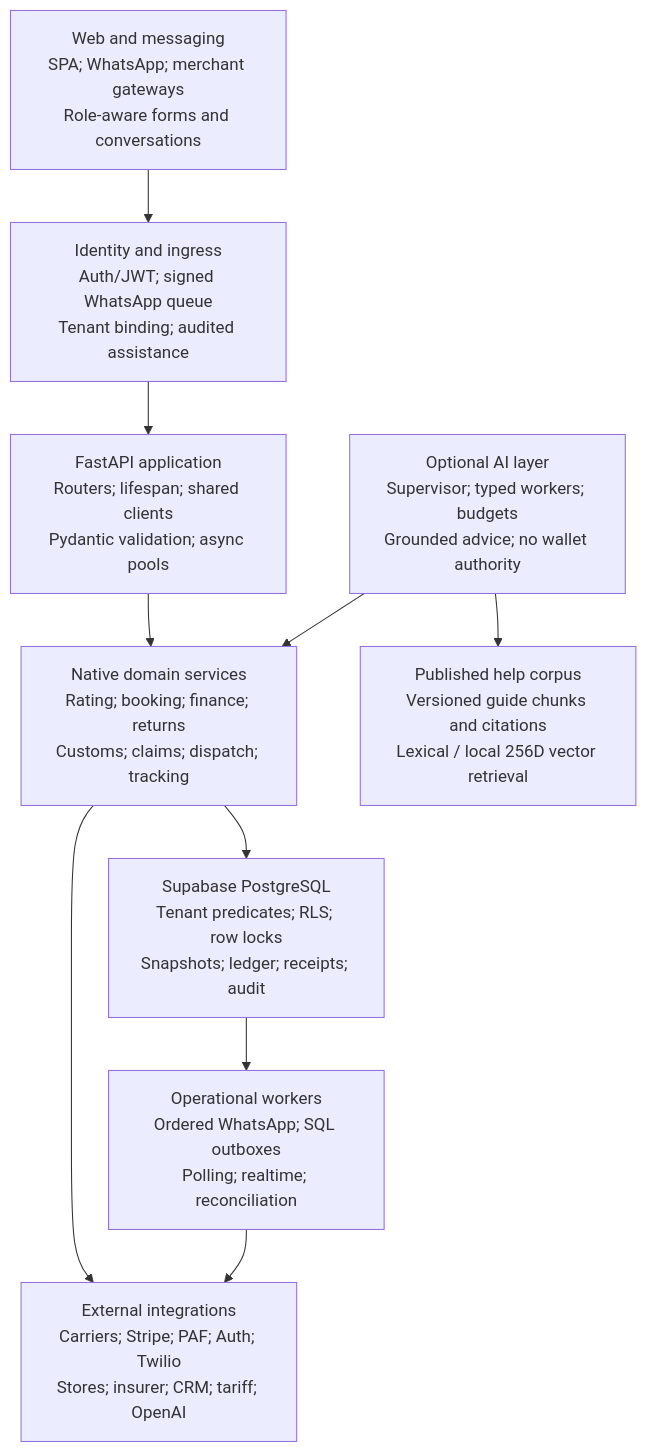
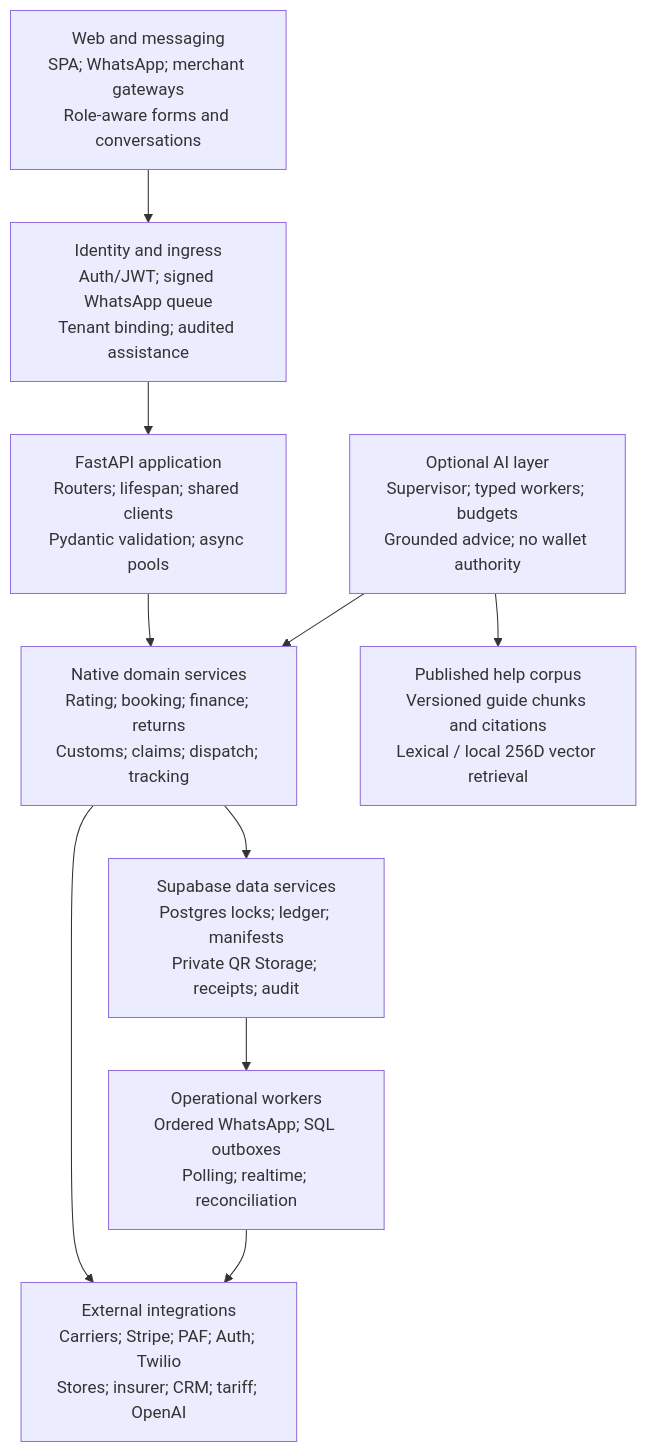
Before and after one commit to sync4ai-lab/easyinvio: the diagram in output/EasyInvio-Architecture/technical_architecture.mmd, drawn with Mermaid. The commit also changed 60 other files, not shown here.

Commit message:
Document carrier manifests and private WhatsApp media lifecycle

```diff
--- a/output/EasyInvio-Architecture/technical_architecture.mmd
+++ b/output/EasyInvio-Architecture/technical_architecture.mmd
@@ -1,20 +1,20 @@
 %% Same logical nodes/edges as the SVG; detailed contracts are in the manual.
 flowchart TB
     clients["Web and messaging<br/>SPA; WhatsApp; merchant gateways<br/>Role-aware forms and conversations"]
     auth["Identity and ingress<br/>Auth/JWT; signed WhatsApp queue<br/>Tenant binding; audited assistance"]
     api["FastAPI application<br/>Routers; lifespan; shared clients<br/>Pydantic validation; async pools"]
     ai["Optional AI layer<br/>Supervisor; typed workers; budgets<br/>Grounded advice; no wallet authority"]
     domain["Native domain services<br/>Rating; booking; finance; returns<br/>Customs; claims; dispatch; tracking"]
     external["External integrations<br/>Carriers; Stripe; PAF; Auth; Twilio<br/>Stores; insurer; CRM; tariff; OpenAI"]
     help["Published help corpus<br/>Versioned guide chunks and citations<br/>Lexical / local 256D vector retrieval"]
-    db["Supabase PostgreSQL<br/>Tenant predicates; RLS; row locks<br/>Snapshots; ledger; receipts; audit"]
+    db["Supabase data services<br/>Postgres locks; ledger; manifests<br/>Private QR Storage; receipts; audit"]
     jobs["Operational workers<br/>Ordered WhatsApp; SQL outboxes<br/>Polling; realtime; reconciliation"]
     clients --> auth
     auth --> api
     api --> domain
     ai --> domain
     ai --> help
     domain --> external
     domain --> db
     db --> jobs
     jobs --> external
```
